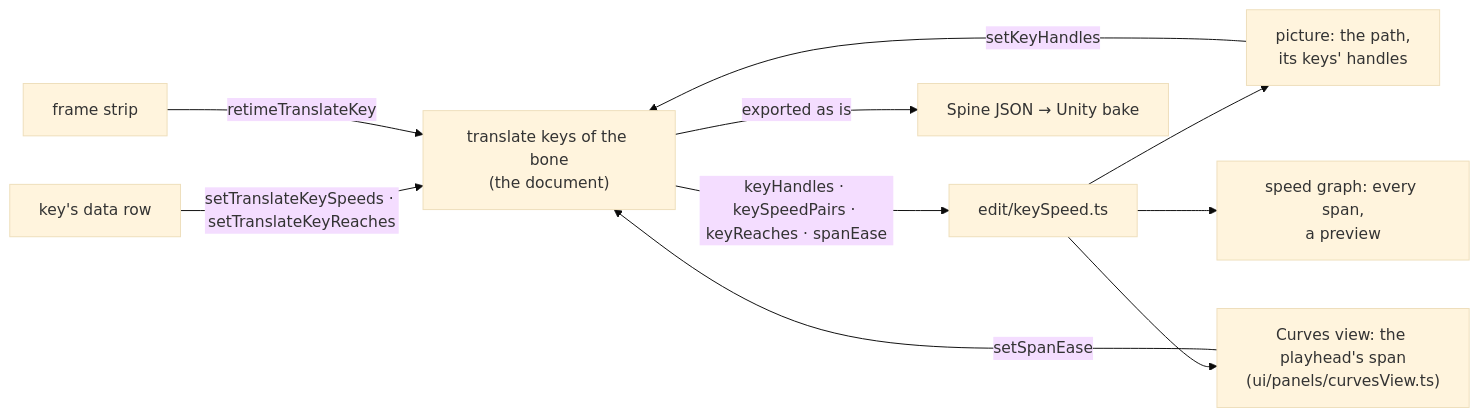
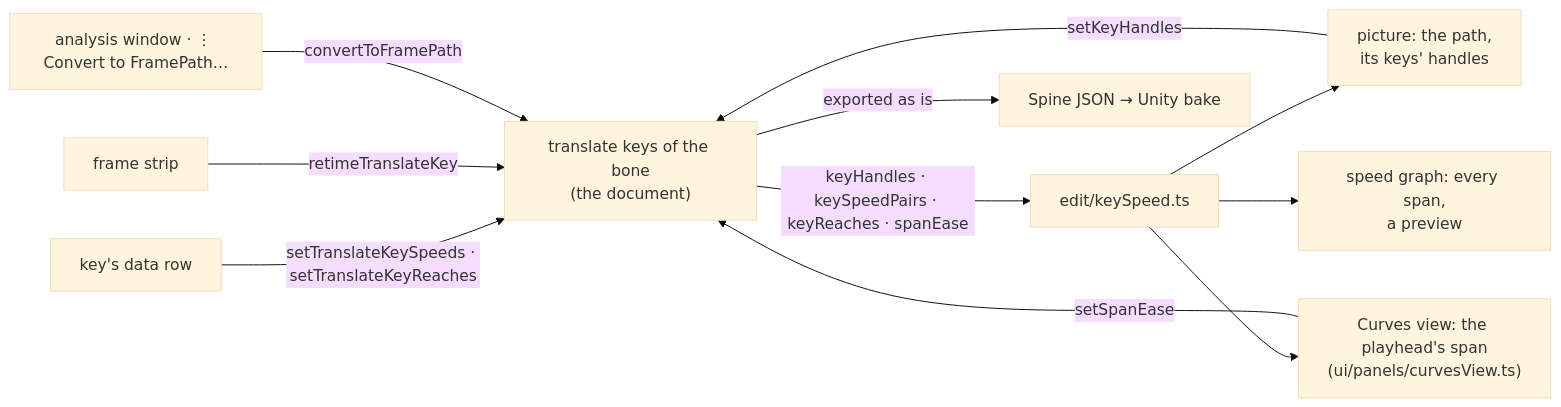
One commit to 12pnp/M0-Animation-2D changed the second of 2 diagrams in Editor-BoneBurst-Src/docs/SPEC.md. Above: the diagram before and after it, drawn with Mermaid (base theme). The commit also changed other lines of this file and 16 other files, not shown here.

````diff
--- a/Editor-BoneBurst-Src/docs/SPEC.md
+++ b/Editor-BoneBurst-Src/docs/SPEC.md
@@ -192,12 +199,13 @@
 ```mermaid
 flowchart LR
     K["translate keys of the bone<br/>(the document)"] -->|"keyHandles · keySpeedPairs · keyReaches · spanEase"| FP["edit/keySpeed.ts"]
     FP --> PIC["picture: the path,<br/>its keys' handles"]
     FP --> CV["Curves view: the playhead's span<br/>(ui/panels/curvesView.ts)"]
     FP --> SG["speed graph: every span,<br/>a preview"]
     PIC -->|"setKeyHandles"| K
     CV -->|"setSpanEase"| K
     ROW["key's data row"] -->|"setTranslateKeySpeeds · setTranslateKeyReaches"| K
     STRIP["frame strip"] -->|"retimeTranslateKey"| K
+    OPEN["analysis window · ⋮ Convert to FramePath…"] -->|"convertToFramePath"| K
     K -->|"exported as is"| U["Spine JSON → Unity bake"]
 ```
````
